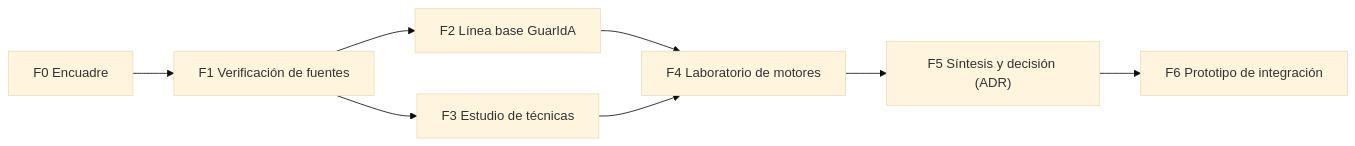
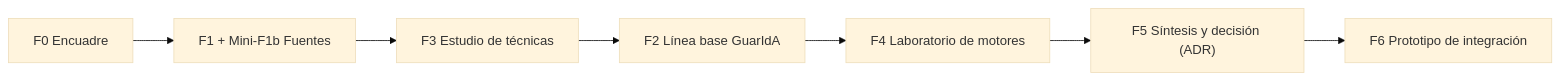
One commit to Ydalgo/GuarIdA changed the diagram in docs/estudio_inferencia/README.md. Above: the diagram before and after it, drawn with Mermaid (base theme). The commit also changed other lines of this file and 5 other files, not shown here.

````diff
--- a/docs/estudio_inferencia/README.md
+++ b/docs/estudio_inferencia/README.md
@@ -56,10 +56,9 @@
 ```mermaid
 flowchart LR
-  F0["F0 Encuadre"] --> F1["F1 Verificación de fuentes"]
-  F1 --> F2["F2 Línea base GuarIdA"]
+  F0["F0 Encuadre"] --> F1["F1 + Mini-F1b Fuentes"]
   F1 --> F3["F3 Estudio de técnicas"]
+  F3 --> F2["F2 Línea base GuarIdA"]
   F2 --> F4["F4 Laboratorio de motores"]
-  F3 --> F4
   F4 --> F5["F5 Síntesis y decisión (ADR)"]
   F5 --> F6["F6 Prototipo de integración"]
 ```
````
